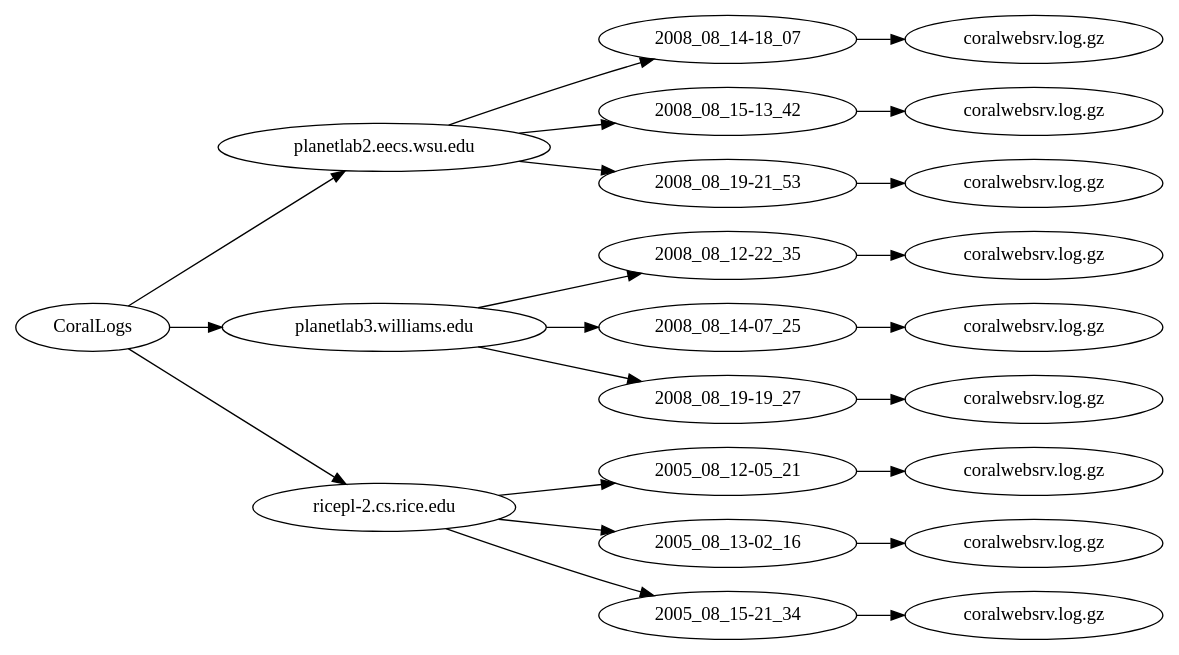
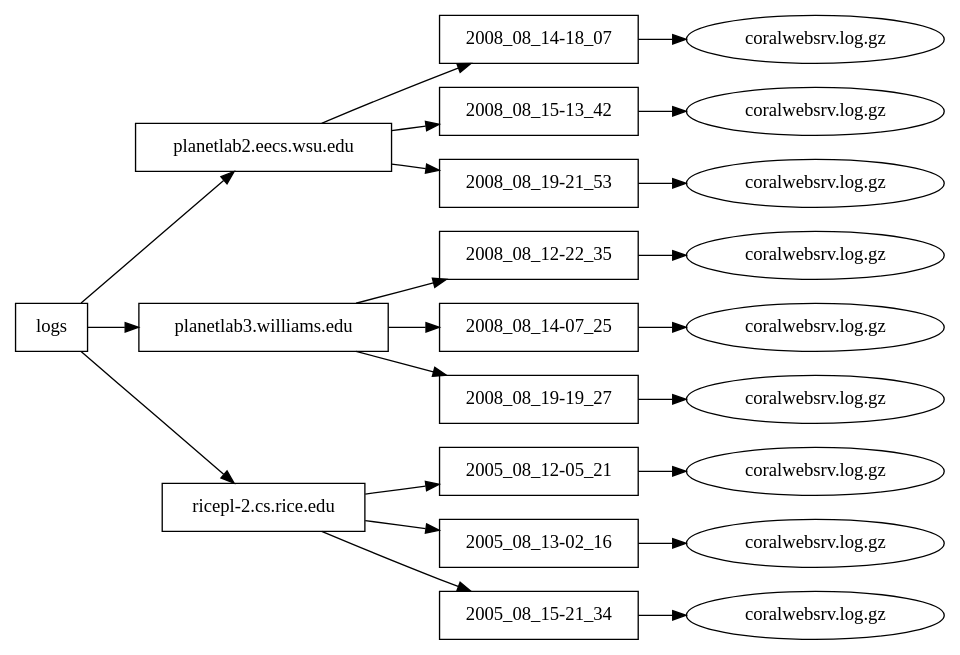
Before and after one commit to cornell-pl/forest: the diagram in pads/documents/pldi11/coral-structure.dot, drawn with Graphviz. The commit also changed 1 other file, not shown here.

Commit message:
Better versions of coral-structure; changed to EPS since that appears to be the preferred graphics format

```diff
--- a/pads/documents/pldi11/coral-structure.dot
+++ b/pads/documents/pldi11/coral-structure.dot
@@ -1,24 +1,37 @@
 digraph Coral {
   rankdir=LR;
-  CoralLogs -> "planetlab2.eecs.wsu.edu";
-  CoralLogs -> "planetlab3.williams.edu";
-  CoralLogs -> "ricepl-2.cs.rice.edu";
-  "planetlab2.eecs.wsu.edu" -> "2008_08_14-18_07" -> l1 
-  "planetlab2.eecs.wsu.edu" -> "2008_08_15-13_42" -> l2 
-  "planetlab2.eecs.wsu.edu" -> "2008_08_19-21_53" -> l3 
-  "planetlab3.williams.edu" -> "2008_08_12-22_35" -> l4 
-  "planetlab3.williams.edu" -> "2008_08_14-07_25" -> l5 
-  "planetlab3.williams.edu" -> "2008_08_19-19_27" -> l6 
-  "ricepl-2.cs.rice.edu"    -> "2005_08_12-05_21" -> l7 
-  "ricepl-2.cs.rice.edu"    -> "2005_08_13-02_16" -> l8 
-  "ricepl-2.cs.rice.edu"    -> "2005_08_15-21_34" -> l9 
+  top -> h1;
+  top -> h2;
+  top -> h3; 
+  h1 -> h1d1 -> l1 
+  h1 -> h1d2 -> l2 
+  h1 -> h1d3 -> l3 
+  h2 -> h2d1 -> l4 
+  h2 -> h2d2 -> l5 
+  h2 -> h2d3 -> l6 
+  h3 -> h3d1 -> l7 
+  h3 -> h3d2 -> l8 
+  h3 -> h3d3 -> l9 
+  top [ shape=box, label="logs" ];
+  h1 [ shape=box, label="planetlab2.eecs.wsu.edu"];
+  h2 [ shape=box, label="planetlab3.williams.edu"];
+  h3 [ shape=box, label="ricepl-2.cs.rice.edu"];
+  h1d1 [ shape=box, label="2008_08_14-18_07" ] 
+  h1d2 [ shape=box, label="2008_08_15-13_42" ]
+  h1d3 [ shape=box, label="2008_08_19-21_53" ]
+  h2d1 [ shape=box, label="2008_08_12-22_35" ]
+  h2d2 [ shape=box, label="2008_08_14-07_25" ]
+  h2d3 [ shape=box, label="2008_08_19-19_27" ]
+  h3d1 [ shape=box, label="2005_08_12-05_21" ]
+  h3d2 [ shape=box, label="2005_08_13-02_16" ]   
+  h3d3 [ shape=box, label="2005_08_15-21_34" ]
   l1 [ label="coralwebsrv.log.gz" ];
   l2 [ label="coralwebsrv.log.gz" ];
   l3 [ label="coralwebsrv.log.gz" ];
   l4 [ label="coralwebsrv.log.gz" ];
   l5 [ label="coralwebsrv.log.gz" ];
   l6 [ label="coralwebsrv.log.gz" ];
   l7 [ label="coralwebsrv.log.gz" ];
   l8 [ label="coralwebsrv.log.gz" ];
   l9 [ label="coralwebsrv.log.gz" ];
 } 
```
